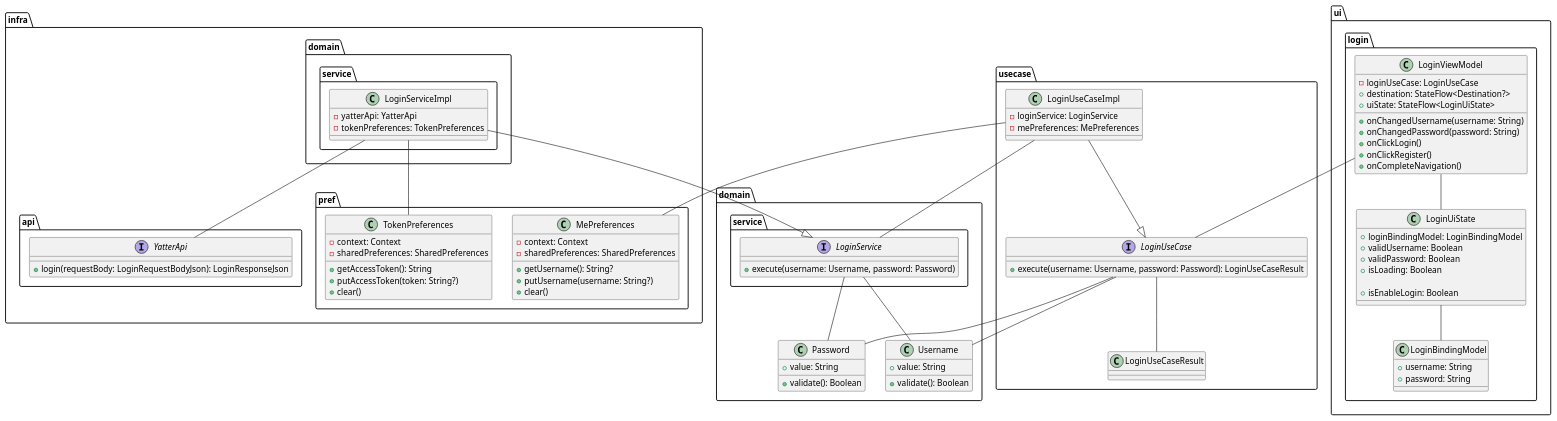
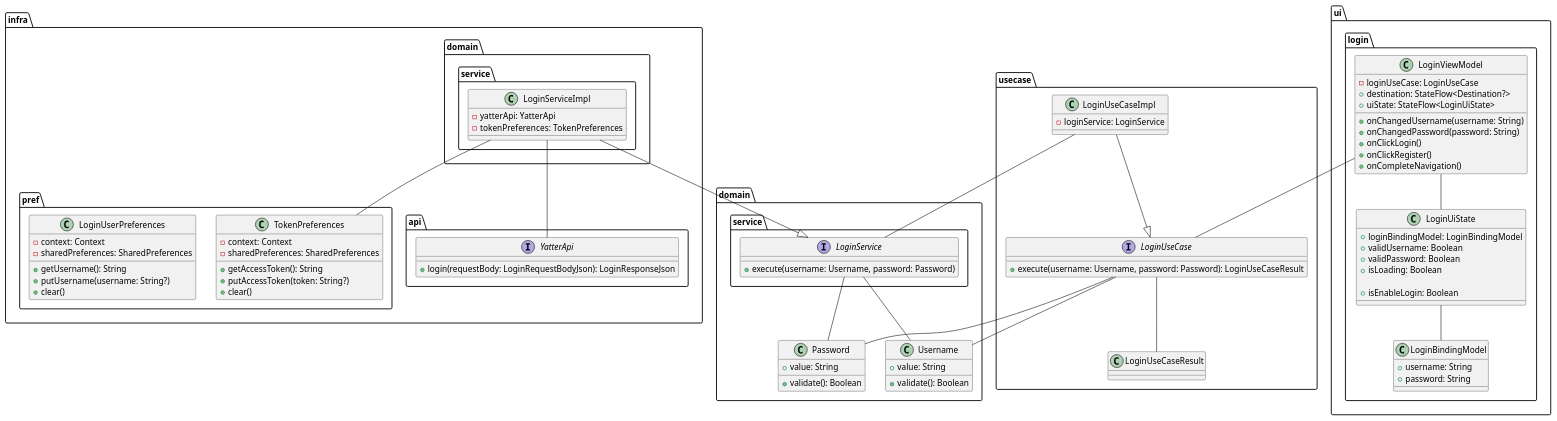
Before and after one commit to suzukibelltree/Yatter2025-Internship: the diagram in Yatter/uml/login.puml, drawn with PlantUML. The commit also changed 1 other file, not shown here.

```diff
--- a/Yatter/uml/login.puml
+++ b/Yatter/uml/login.puml
@@ -1,116 +1,115 @@
 @startuml
 
 package domain {
   class Password {
     + value: String
     + validate(): Boolean
   }
 
   class Username {
     + value: String
     + validate(): Boolean
   }
 
   package service {
     interface LoginService {
       + execute(username: Username, password: Password)
     }
   }
 }
 
 package infra {
   package pref {
     class TokenPreferences {
       - context: Context
       - sharedPreferences: SharedPreferences
       + getAccessToken(): String
       + putAccessToken(token: String?)
       + clear()
     }
-    class MePreferences {
+
+    class LoginUserPreferences {
       - context: Context
       - sharedPreferences: SharedPreferences
-      + getUsername(): String?
+      + getUsername(): String
       + putUsername(username: String?)
       + clear()
     }
   }
 
   package domain {
     package service {
       class LoginServiceImpl {
         - yatterApi: YatterApi
         - tokenPreferences: TokenPreferences
       }
     }
   }
 
   package api {
     interface YatterApi {
       + login(requestBody: LoginRequestBodyJson): LoginResponseJson
     }
   }
 }
 
 package usecase {
   interface LoginUseCase {
     + execute(username: Username, password: Password): LoginUseCaseResult
   }
 
   class LoginUseCaseImpl {
     - loginService: LoginService
-    - mePreferences: MePreferences
   }
 
   class LoginUseCaseResult {
   }
 }
 
 package ui {
   package login {
     class LoginViewModel {
       - loginUseCase: LoginUseCase
       + destination: StateFlow<Destination?>
       + uiState: StateFlow<LoginUiState>
 
       + onChangedUsername(username: String)
       + onChangedPassword(password: String)
       + onClickLogin()
       + onClickRegister()
       + onCompleteNavigation()
     }
     class LoginUiState {
       + loginBindingModel: LoginBindingModel
       + validUsername: Boolean
       + validPassword: Boolean
       + isLoading: Boolean
 
       + isEnableLogin: Boolean
     }
     class LoginBindingModel {
       + username: String
       + password: String
     }
   }
 }
 
 LoginServiceImpl -- TokenPreferences
 LoginServiceImpl -- YatterApi
 LoginServiceImpl --|> LoginService
 
 LoginViewModel -- LoginUseCase
 LoginViewModel -- LoginUiState
 LoginUiState -- LoginBindingModel
 
 LoginUseCaseImpl -- LoginService
-LoginUseCaseImpl -- MePreferences
 LoginUseCaseImpl --|> LoginUseCase
 
 LoginUseCase -- LoginUseCaseResult
 
 LoginUseCase -- Username
 LoginUseCase -- Password
 
 LoginService -- Username
 LoginService -- Password
 @enduml
```
